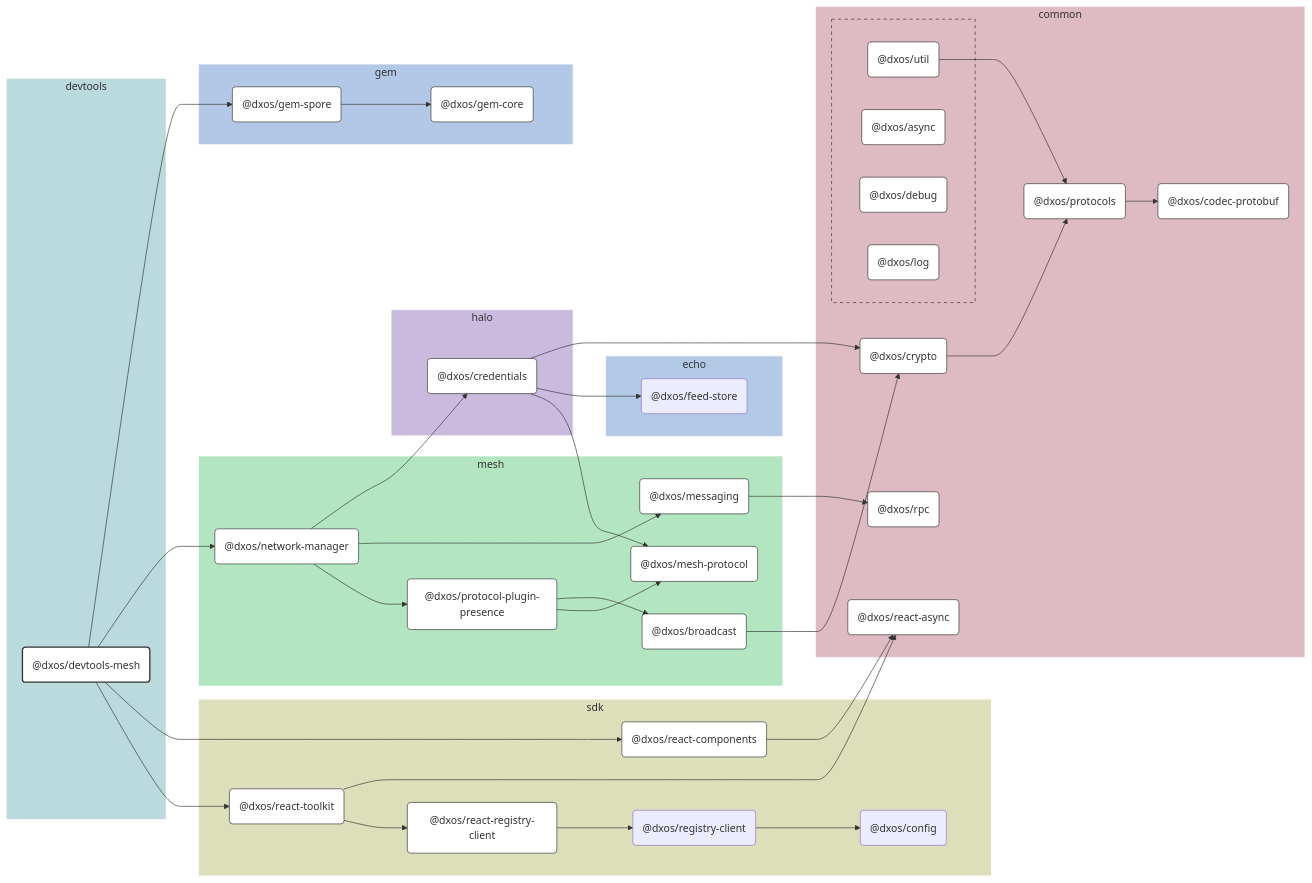
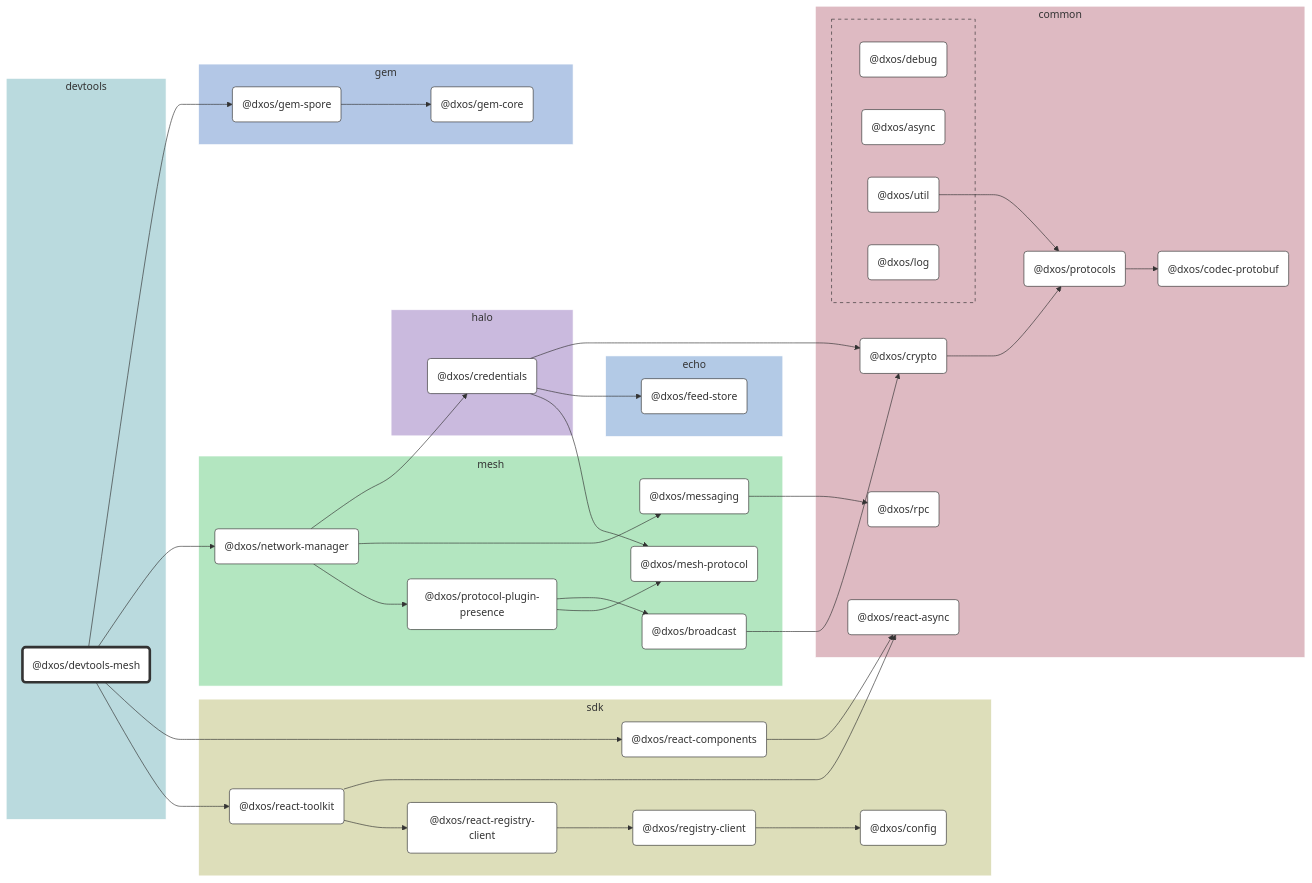
Before and after one commit to dxos/dxos: the diagram in packages/devtools/devtools-mesh/docs/README.md, drawn with Mermaid. The commit also changed other lines of this file and 104 other files, not shown here.

````diff
--- a/packages/devtools/devtools-mesh/docs/README.md
+++ b/packages/devtools/devtools-mesh/docs/README.md
@@ -9,144 +9,115 @@
 
 flowchart LR
 
-%% Links
-dxos/broadcast --> dxos/crypto;
-dxos/credentials --> dxos/crypto;
-dxos/credentials --> dxos/feed-store;
-dxos/credentials --> dxos/mesh-protocol;
-dxos/crypto --> dxos/protocols;
-dxos/devtools-mesh --> dxos/gem-spore;
-dxos/devtools-mesh --> dxos/network-manager;
-dxos/devtools-mesh --> dxos/react-components;
-dxos/devtools-mesh --> dxos/react-toolkit;
-dxos/gem-spore --> dxos/gem-core;
-dxos/messaging --> dxos/rpc;
-dxos/network-manager --> dxos/credentials;
-dxos/network-manager --> dxos/messaging;
-dxos/network-manager --> dxos/protocol-plugin-presence;
-dxos/protocol-plugin-presence --> dxos/broadcast;
-dxos/protocol-plugin-presence --> dxos/mesh-protocol;
-dxos/protocols --> dxos/codec-protobuf;
-dxos/react-components --> dxos/react-async;
-dxos/react-registry-client --> dxos/registry-client;
-dxos/react-toolkit --> dxos/react-async;
-dxos/react-toolkit --> dxos/react-registry-client;
-dxos/registry-client --> dxos/config;
-dxos/util --> dxos/protocols;
+%% Classes
+classDef def fill:#fff,stroke:#333,stroke-width:1px
+classDef root fill:#fff,stroke:#333,stroke-width:4px
 
-%% Sections
-subgraph devtools
-  style devtools fill:#badade,stroke:#fff;
+%% Nodes
 
-  dxos/devtools-mesh("@dxos/devtools-mesh")
+subgraph devtools [devtools]
+  style devtools fill:#badade,stroke:#fff
+  dxos/devtools-mesh("@dxos/devtools-mesh"):::root
+  click dxos/devtools-mesh "dxos/dxos/tree/main/packages/devtools/devtools-mesh/docs"
 end
 
-subgraph common
-  style common fill:#debac2,stroke:#fff;
-
-  dxos/codec-protobuf("@dxos/codec-protobuf")
-  dxos/crypto("@dxos/crypto")
-  dxos/protocols("@dxos/protocols")
-  dxos/react-async("@dxos/react-async")
-  dxos/rpc("@dxos/rpc")
+subgraph common [common]
+  style common fill:#debac2,stroke:#fff
+  dxos/codec-protobuf("@dxos/codec-protobuf"):::def
+  click dxos/codec-protobuf "dxos/dxos/tree/main/packages/common/codec-protobuf/docs"
+  dxos/crypto("@dxos/crypto"):::def
+  click dxos/crypto "dxos/dxos/tree/main/packages/common/crypto/docs"
+  dxos/protocols("@dxos/protocols"):::def
+  click dxos/protocols "dxos/dxos/tree/main/packages/common/protocols/docs"
+  dxos/rpc("@dxos/rpc"):::def
+  click dxos/rpc "dxos/dxos/tree/main/packages/common/rpc/docs"
+  dxos/react-async("@dxos/react-async"):::def
+  click dxos/react-async "dxos/dxos/tree/main/packages/common/react-async/docs"
 
   subgraph common-excluded [ ]
-    style common-excluded fill:#debac2,stroke:#333,stroke-dasharray:5 5;
-
-    dxos/async("@dxos/async")
-    dxos/debug("@dxos/debug")
-    dxos/log("@dxos/log")
-    dxos/util("@dxos/util")
+    style common-excluded fill:#debac2,stroke:#333,stroke-dasharray:5 5
+    dxos/debug("@dxos/debug"):::def
+    click dxos/debug "dxos/dxos/tree/main/packages/common/debug/docs"
+    dxos/async("@dxos/async"):::def
+    click dxos/async "dxos/dxos/tree/main/packages/common/async/docs"
+    dxos/util("@dxos/util"):::def
+    click dxos/util "dxos/dxos/tree/main/packages/common/util/docs"
+    dxos/log("@dxos/log"):::def
+    click dxos/log "dxos/dxos/tree/main/packages/common/log/docs"
   end
 end
 
-subgraph gem
-  style gem fill:#b3c7e6,stroke:#fff;
-
-  dxos/gem-core("@dxos/gem-core")
-  dxos/gem-spore("@dxos/gem-spore")
+subgraph gem [gem]
+  style gem fill:#b3c7e6,stroke:#fff
+  dxos/gem-core("@dxos/gem-core"):::def
+  click dxos/gem-core "dxos/dxos/tree/main/packages/gem/gem-core/docs"
+  dxos/gem-spore("@dxos/gem-spore"):::def
+  click dxos/gem-spore "dxos/dxos/tree/main/packages/gem/gem-spore/docs"
 end
 
-subgraph mesh
-  style mesh fill:#b3e6c0,stroke:#fff;
-
-  dxos/broadcast("@dxos/broadcast")
-  dxos/mesh-protocol("@dxos/mesh-protocol")
-  dxos/messaging("@dxos/messaging")
-  dxos/network-manager("@dxos/network-manager")
-  dxos/protocol-plugin-presence("@dxos/protocol-plugin-presence")
+subgraph mesh [mesh]
+  style mesh fill:#b3e6c0,stroke:#fff
+  dxos/network-manager("@dxos/network-manager"):::def
+  click dxos/network-manager "dxos/dxos/tree/main/packages/mesh/network-manager/docs"
+  dxos/mesh-protocol("@dxos/mesh-protocol"):::def
+  click dxos/mesh-protocol "dxos/dxos/tree/main/packages/mesh/mesh-protocol/docs"
+  dxos/messaging("@dxos/messaging"):::def
+  click dxos/messaging "dxos/dxos/tree/main/packages/mesh/messaging/docs"
+  dxos/protocol-plugin-presence("@dxos/protocol-plugin-presence"):::def
+  click dxos/protocol-plugin-presence "dxos/dxos/tree/main/packages/mesh/protocol-plugin-presence/docs"
+  dxos/broadcast("@dxos/broadcast"):::def
+  click dxos/broadcast "dxos/dxos/tree/main/packages/mesh/broadcast/docs"
 end
 
-subgraph halo
-  style halo fill:#cabade,stroke:#fff;
-
-  dxos/credentials("@dxos/credentials")
+subgraph halo [halo]
+  style halo fill:#cabade,stroke:#fff
+  dxos/credentials("@dxos/credentials"):::def
+  click dxos/credentials "dxos/dxos/tree/main/packages/halo/credentials/docs"
 end
 
-subgraph echo
-  style echo fill:#b3cae6,stroke:#fff;
-
-  dxos/feed-store("@dxos/feed-store")
+subgraph echo [echo]
+  style echo fill:#b3cae6,stroke:#fff
+  dxos/feed-store("@dxos/feed-store"):::def
+  click dxos/feed-store "dxos/dxos/tree/main/packages/echo/feed-store/docs"
 end
 
-subgraph sdk
-  style sdk fill:#dddeba,stroke:#fff;
-
-  dxos/config("@dxos/config")
-  dxos/react-components("@dxos/react-components")
-  dxos/react-registry-client("@dxos/react-registry-client")
-  dxos/react-toolkit("@dxos/react-toolkit")
-  dxos/registry-client("@dxos/registry-client")
+subgraph sdk [sdk]
+  style sdk fill:#dddeba,stroke:#fff
+  dxos/react-components("@dxos/react-components"):::def
+  click dxos/react-components "dxos/dxos/tree/main/packages/sdk/react-components/docs"
+  dxos/react-toolkit("@dxos/react-toolkit"):::def
+  click dxos/react-toolkit "dxos/dxos/tree/main/packages/sdk/react-toolkit/docs"
+  dxos/react-registry-client("@dxos/react-registry-client"):::def
+  click dxos/react-registry-client "dxos/dxos/tree/main/packages/sdk/react-registry-client/docs"
+  dxos/config("@dxos/config"):::def
+  click dxos/config "dxos/dxos/tree/main/packages/sdk/config/docs"
+  dxos/registry-client("@dxos/registry-client"):::def
+  click dxos/registry-client "dxos/dxos/tree/main/packages/sdk/registry-client/docs"
 end
 
-
-%% Hyperlinks
-click dxos/async "dxos/dxos/tree/main/packages/common/async/docs";
-click dxos/broadcast "dxos/dxos/tree/main/packages/mesh/broadcast/docs";
-click dxos/codec-protobuf "dxos/dxos/tree/main/packages/common/codec-protobuf/docs";
-click dxos/credentials "dxos/dxos/tree/main/packages/halo/credentials/docs";
-click dxos/crypto "dxos/dxos/tree/main/packages/common/crypto/docs";
-click dxos/debug "dxos/dxos/tree/main/packages/common/debug/docs";
-click dxos/gem-core "dxos/dxos/tree/main/packages/gem/gem-core/docs";
-click dxos/gem-spore "dxos/dxos/tree/main/packages/gem/gem-spore/docs";
-click dxos/log "dxos/dxos/tree/main/packages/common/log/docs";
-click dxos/mesh-protocol "dxos/dxos/tree/main/packages/mesh/mesh-protocol/docs";
-click dxos/messaging "dxos/dxos/tree/main/packages/mesh/messaging/docs";
-click dxos/network-manager "dxos/dxos/tree/main/packages/mesh/network-manager/docs";
-click dxos/protocol-plugin-presence "dxos/dxos/tree/main/packages/mesh/protocol-plugin-presence/docs";
-click dxos/protocols "dxos/dxos/tree/main/packages/common/protocols/docs";
-click dxos/react-async "dxos/dxos/tree/main/packages/common/react-async/docs";
-click dxos/react-components "dxos/dxos/tree/main/packages/sdk/react-components/docs";
-click dxos/react-registry-client "dxos/dxos/tree/main/packages/sdk/react-registry-client/docs";
-click dxos/react-toolkit "dxos/dxos/tree/main/packages/sdk/react-toolkit/docs";
-click dxos/rpc "dxos/dxos/tree/main/packages/common/rpc/docs";
-click dxos/util "dxos/dxos/tree/main/packages/common/util/docs";
-
-%% Styles
-classDef rootNode fill:#fff,stroke:#333,stroke-width:2px
-classDef defaultNode fill:#fff,stroke:#333,stroke-width:1px
+%% Links
 linkStyle default stroke:#333,stroke-width:1px
-
-dxos/devtools-mesh:::rootNode
-
-dxos/async:::defaultNode
-dxos/broadcast:::defaultNode
-dxos/codec-protobuf:::defaultNode
-dxos/credentials:::defaultNode
-dxos/crypto:::defaultNode
-dxos/debug:::defaultNode
-dxos/gem-core:::defaultNode
-dxos/gem-spore:::defaultNode
-dxos/log:::defaultNode
-dxos/mesh-protocol:::defaultNode
-dxos/messaging:::defaultNode
-dxos/network-manager:::defaultNode
-dxos/protocol-plugin-presence:::defaultNode
-dxos/protocols:::defaultNode
-dxos/react-async:::defaultNode
-dxos/react-components:::defaultNode
-dxos/react-registry-client:::defaultNode
-dxos/react-toolkit:::defaultNode
-dxos/rpc:::defaultNode
-dxos/util:::defaultNode
+dxos/devtools-mesh --> dxos/gem-spore
+dxos/gem-spore --> dxos/gem-core
+dxos/devtools-mesh --> dxos/network-manager
+dxos/network-manager --> dxos/credentials
+dxos/credentials --> dxos/crypto
+dxos/crypto --> dxos/protocols
+dxos/protocols --> dxos/codec-protobuf
+dxos/credentials --> dxos/feed-store
+dxos/util --> dxos/protocols
+dxos/credentials --> dxos/mesh-protocol
+dxos/network-manager --> dxos/messaging
+dxos/messaging --> dxos/rpc
+dxos/network-manager --> dxos/protocol-plugin-presence
+dxos/protocol-plugin-presence --> dxos/broadcast
+dxos/broadcast --> dxos/crypto
+dxos/protocol-plugin-presence --> dxos/mesh-protocol
+dxos/devtools-mesh --> dxos/react-components
+dxos/react-components --> dxos/react-async
+dxos/devtools-mesh --> dxos/react-toolkit
+dxos/react-toolkit --> dxos/react-async
+dxos/react-toolkit --> dxos/react-registry-client
+dxos/react-registry-client --> dxos/registry-client
+dxos/registry-client --> dxos/config
 ```
````
